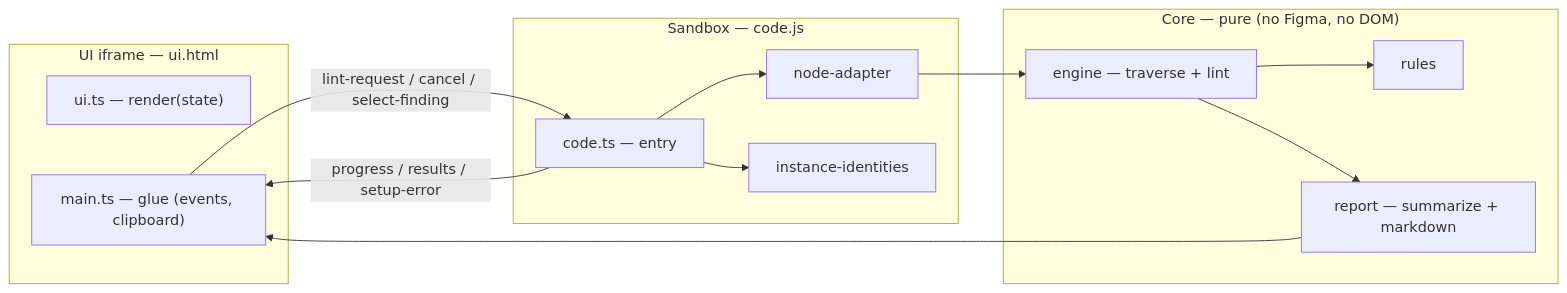
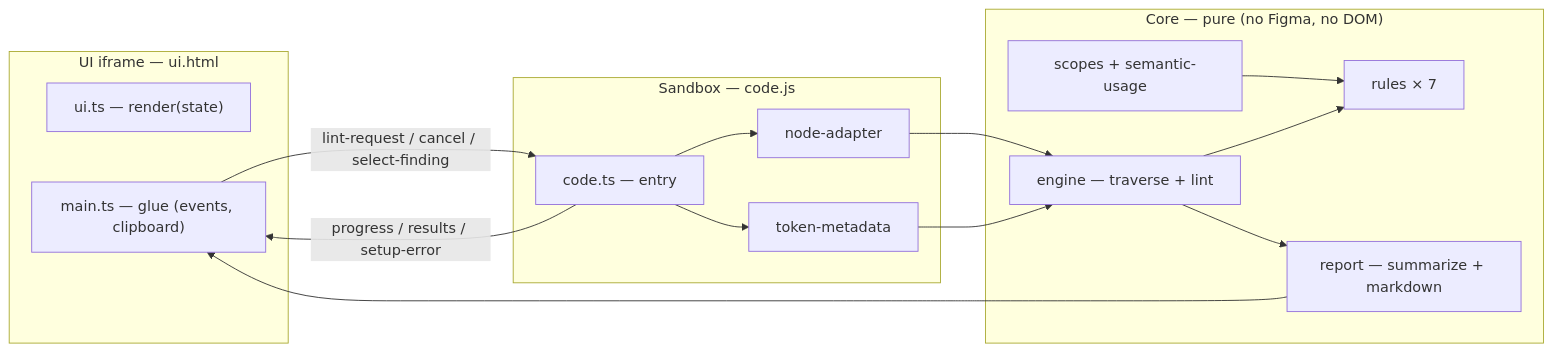
One commit to Infomaniak/design-system changed the diagram in packages/figma/figma-plugin-linter/README.md. Above: the diagram before and after it, drawn with Mermaid. The commit also changed other lines of this file and 36 other files, not shown here.

Commit message:
feat(figma-plugin): add token compliance rules

````diff
--- a/packages/figma/figma-plugin-linter/README.md
+++ b/packages/figma/figma-plugin-linter/README.md
@@ -70,28 +124,31 @@
 ```mermaid
 flowchart LR
     subgraph Iframe["UI iframe — ui.html"]
         Render["ui.ts — render(state)"]
         Main["main.ts — glue (events, clipboard)"]
     end
 
     subgraph Sandbox["Sandbox — code.js"]
         Entry["code.ts — entry"]
         Adapter["node-adapter"]
-        Identities["instance-identities"]
+        Metadata["token-metadata"]
     end
 
     subgraph Core["Core — pure (no Figma, no DOM)"]
         Engine["engine — traverse + lint"]
-        Rules["rules"]
+        Rules["rules × 7"]
+        Helpers["scopes + semantic-usage"]
         Report["report — summarize + markdown"]
     end
 
     Main -- "lint-request / cancel / select-finding" --> Entry
     Entry -- "progress / results / setup-error" --> Main
-    Entry --> Identities
     Entry --> Adapter
+    Entry --> Metadata
     Adapter --> Engine
+    Metadata --> Engine
+    Helpers --> Rules
     Engine --> Rules
     Engine --> Report
     Report --> Main
 ```
````
